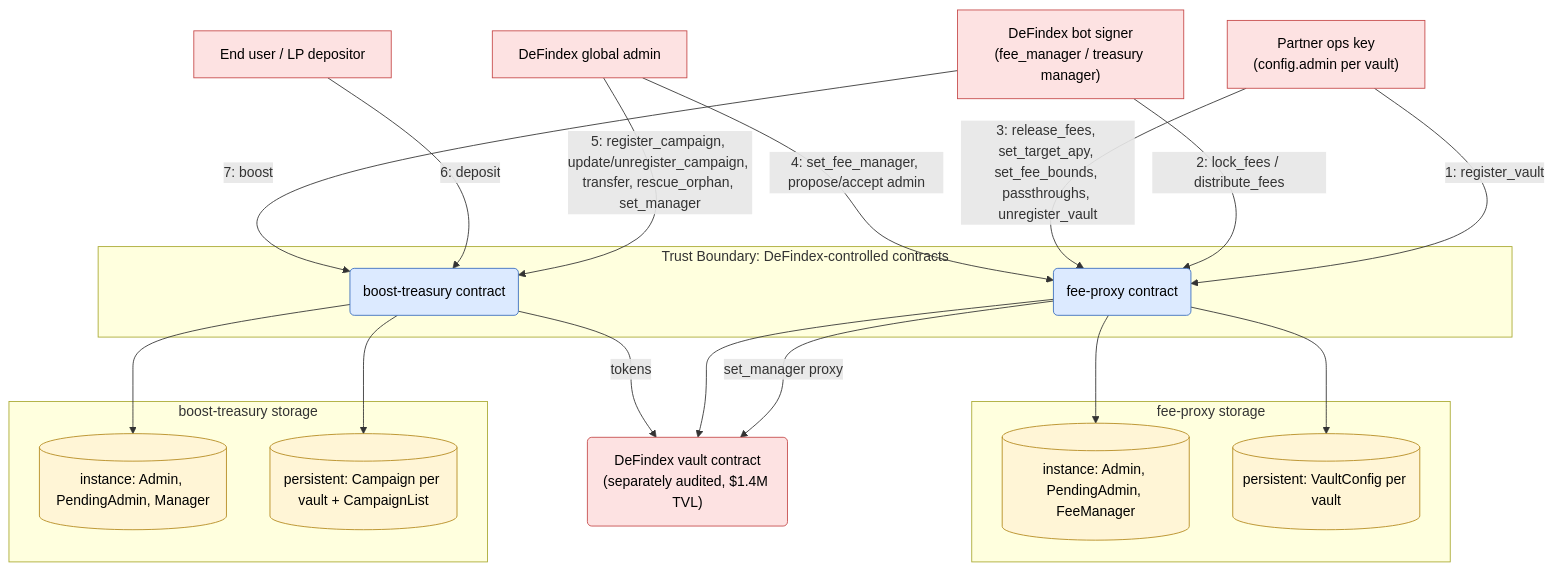
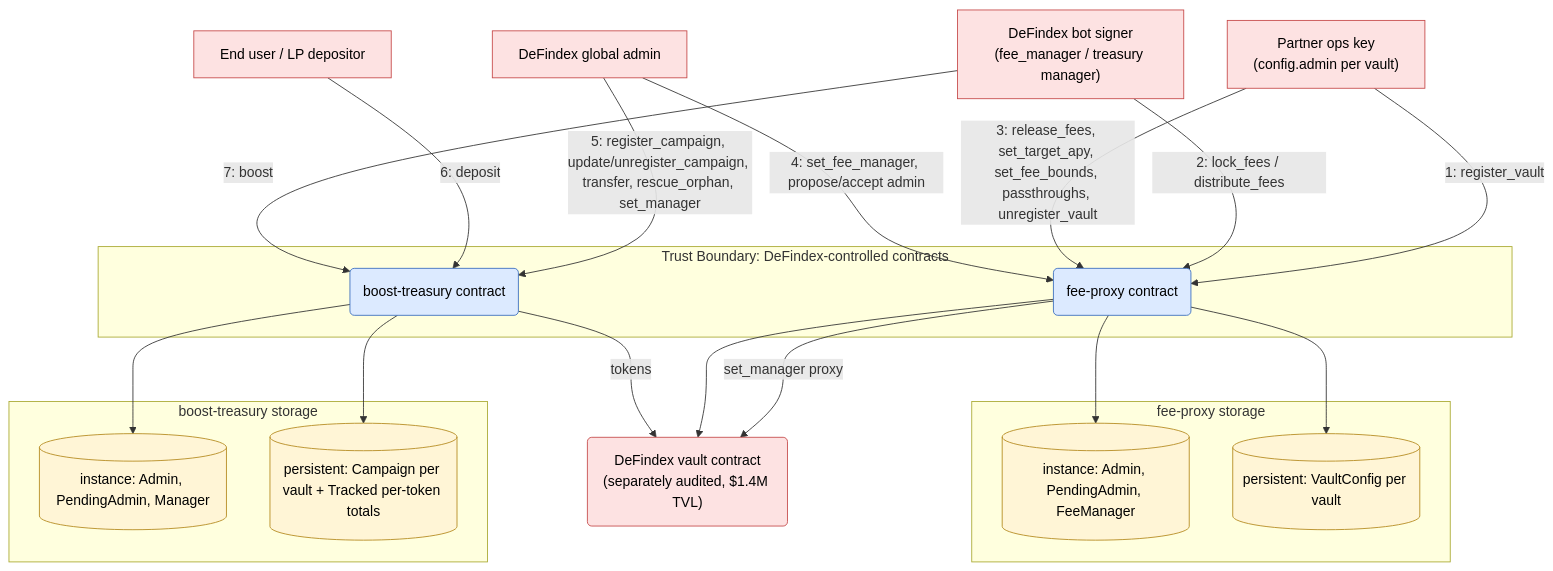
One commit to defindex-io/stellar-apy-stabilizer changed the diagram in docs/stride-threat-model.md. Above: the diagram before and after it, drawn with Mermaid. The commit also changed other lines of this file and 1 other file, not shown here.

````diff
--- a/docs/stride-threat-model.md
+++ b/docs/stride-threat-model.md
@@ -21,43 +21,43 @@
 ```mermaid
 flowchart TB
     partner["Partner ops key<br/>(config.admin per vault)"]:::ext
     bot["DeFindex bot signer<br/>(fee_manager / treasury manager)"]:::ext
     admin["DeFindex global admin"]:::ext
     user["End user / LP depositor"]:::ext
 
     subgraph TB_DEFINDEX["Trust Boundary: DeFindex-controlled contracts"]
         proxy("fee-proxy contract"):::proc
         treasury("boost-treasury contract"):::proc
     end
 
     vault("DeFindex vault contract<br/>(separately audited, $1.4M TVL)"):::ext
 
     subgraph TB_PROXY_STORE["fee-proxy storage"]
         ps_admin[(instance: Admin, PendingAdmin, FeeManager)]:::store
         ps_config[(persistent: VaultConfig per vault)]:::store
     end
     subgraph TB_TREAS_STORE["boost-treasury storage"]
         ts_admin[(instance: Admin, PendingAdmin, Manager)]:::store
-        ts_camp[(persistent: Campaign per vault + CampaignList)]:::store
+        ts_camp[(persistent: Campaign per vault + Tracked per-token totals)]:::store
     end
 
     partner -->|1: register_vault| proxy
     proxy -->|set_manager proxy| vault
     bot -->|2: lock_fees / distribute_fees| proxy
     proxy --> vault
     partner -->|3: release_fees, set_target_apy, set_fee_bounds, passthroughs, unregister_vault| proxy
     admin -->|4: set_fee_manager, propose/accept admin| proxy
     proxy --> ps_admin
     proxy --> ps_config
 
     admin -->|5: register_campaign, update/unregister_campaign, transfer, rescue_orphan, set_manager| treasury
     user -->|6: deposit| treasury
     bot -->|7: boost| treasury
     treasury -->|tokens| vault
     treasury --> ts_admin
     treasury --> ts_camp
 
     classDef ext fill:#fde2e2,stroke:#c64a4a,color:#000
     classDef proc fill:#dceaff,stroke:#3a6ebf,color:#000
     classDef store fill:#fff5d6,stroke:#b48a1f,color:#000
 ```
````
